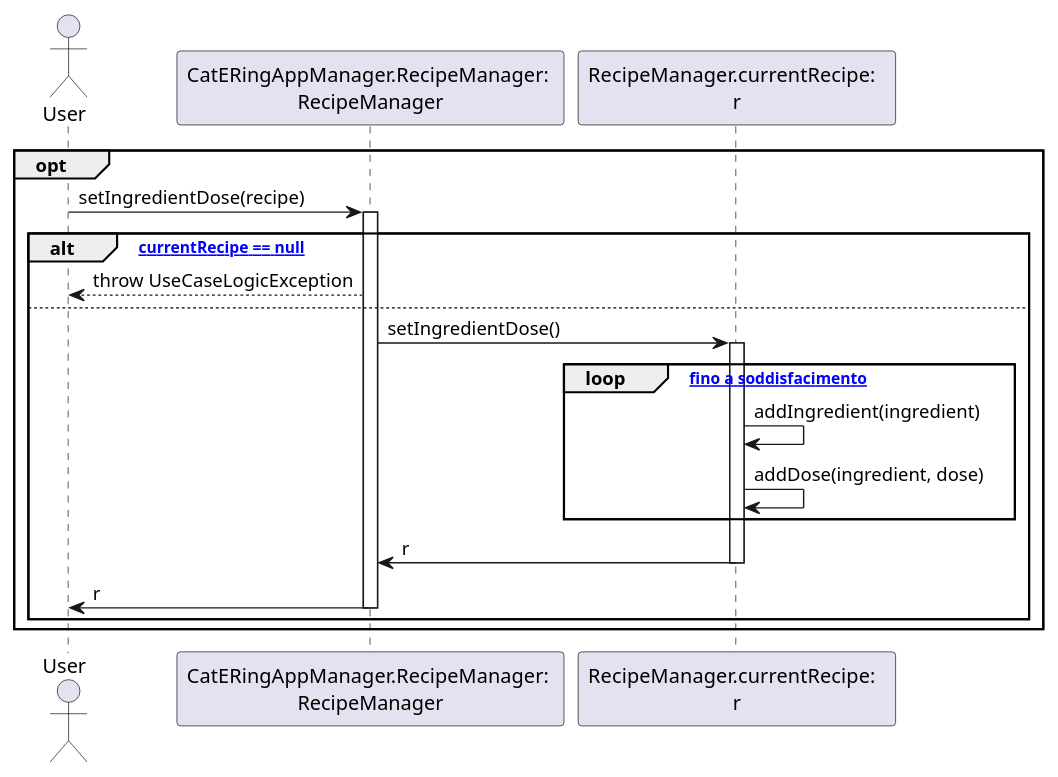
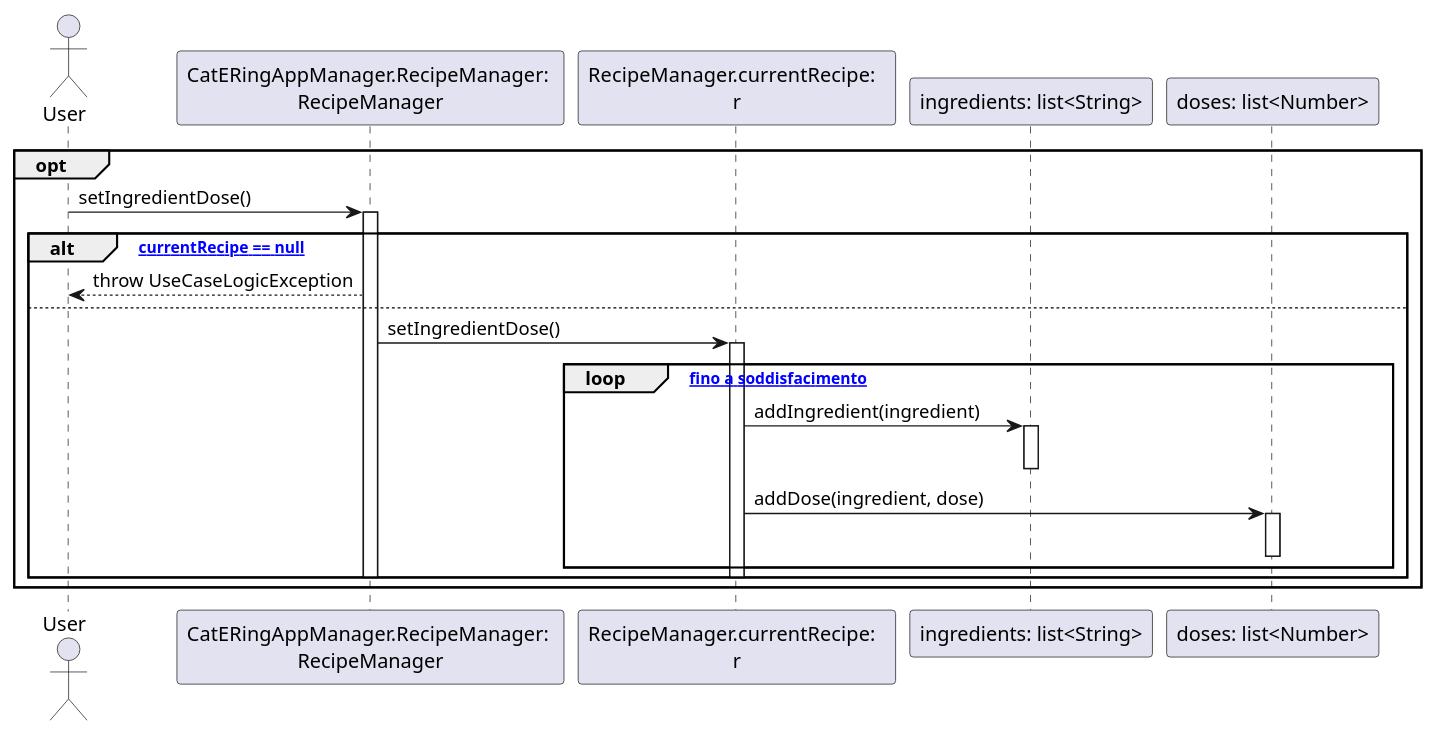
One commit to m0canu1/sas changed the diagram in dsd/dsd-ricette/3-setIngredientDose.md. Above: the diagram before and after it, drawn with PlantUML. The commit also changed 8 other files, not shown here.

````diff
--- a/dsd/dsd-ricette/3-setIngredientDose.md
+++ b/dsd/dsd-ricette/3-setIngredientDose.md
@@ -1,25 +1,27 @@
 ```plantuml
 Actor User
 Participant "CatERingAppManager.RecipeManager: \nRecipeManager" as RM
 Participant "RecipeManager.currentRecipe:  \nr" as CR
 
 opt
-	User -> RM: setIngredientDose(recipe)
+	User -> RM: setIngredientDose()
 	Activate RM
 
 	alt ["currentRecipe == null"]
 		RM --> User: throw UseCaseLogicException
 	else 
 		RM -> CR: setIngredientDose()
 		Activate CR
 		loop ["fino a soddisfacimento"]
-			CR -> CR: addIngredient(ingredient)
-			CR -> CR: addDose(ingredient, dose)
+			CR -> "ingredients: list<String>": addIngredient(ingredient)
+			Activate "ingredients: list<String>"
+			Deactivate "ingredients: list<String>"
+			CR -> "doses: list<Number>": addDose(ingredient, dose)
+			Activate "doses: list<Number>"
+			Deactivate "doses: list<Number>"
 		end
-		CR -> RM: r
 		Deactivate CR
-		RM -> User: r
 		Deactivate RM
 	end
 end
 ```
````
